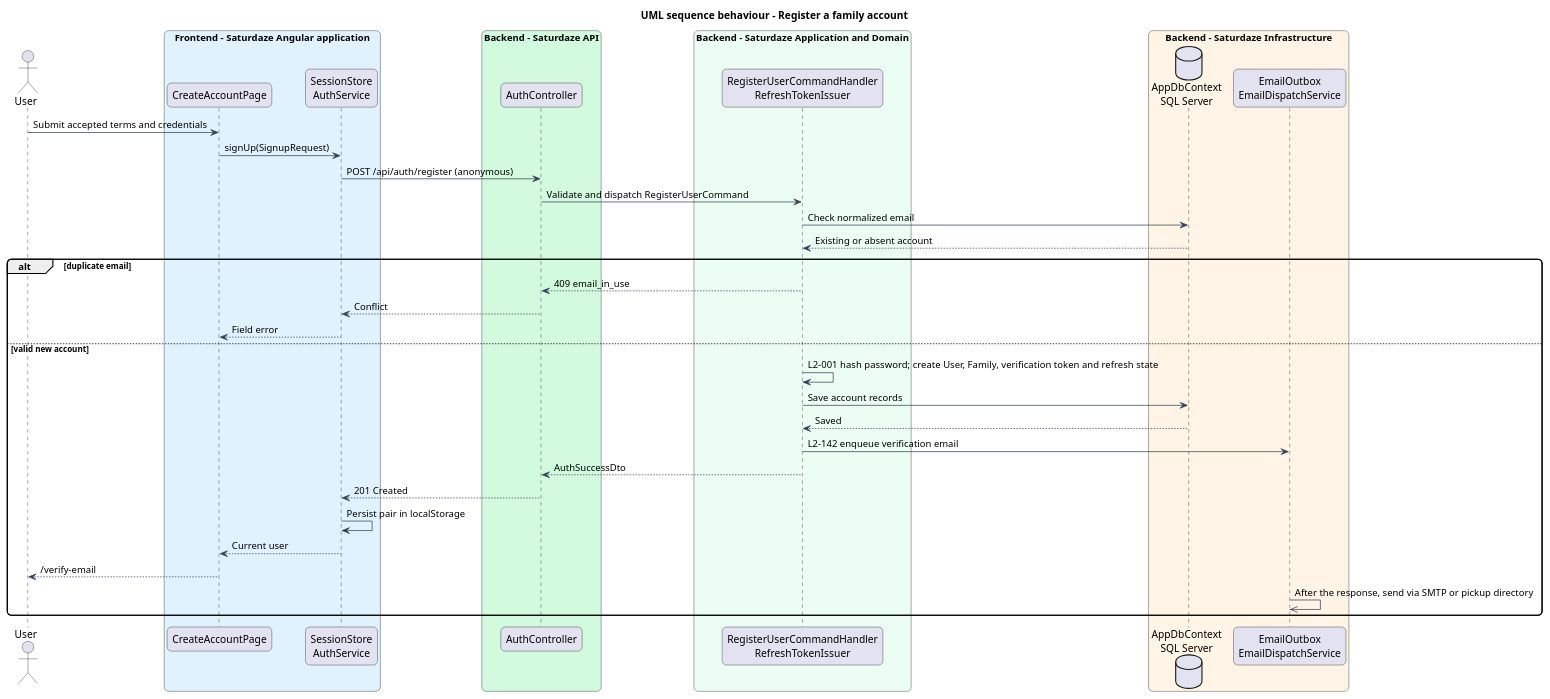
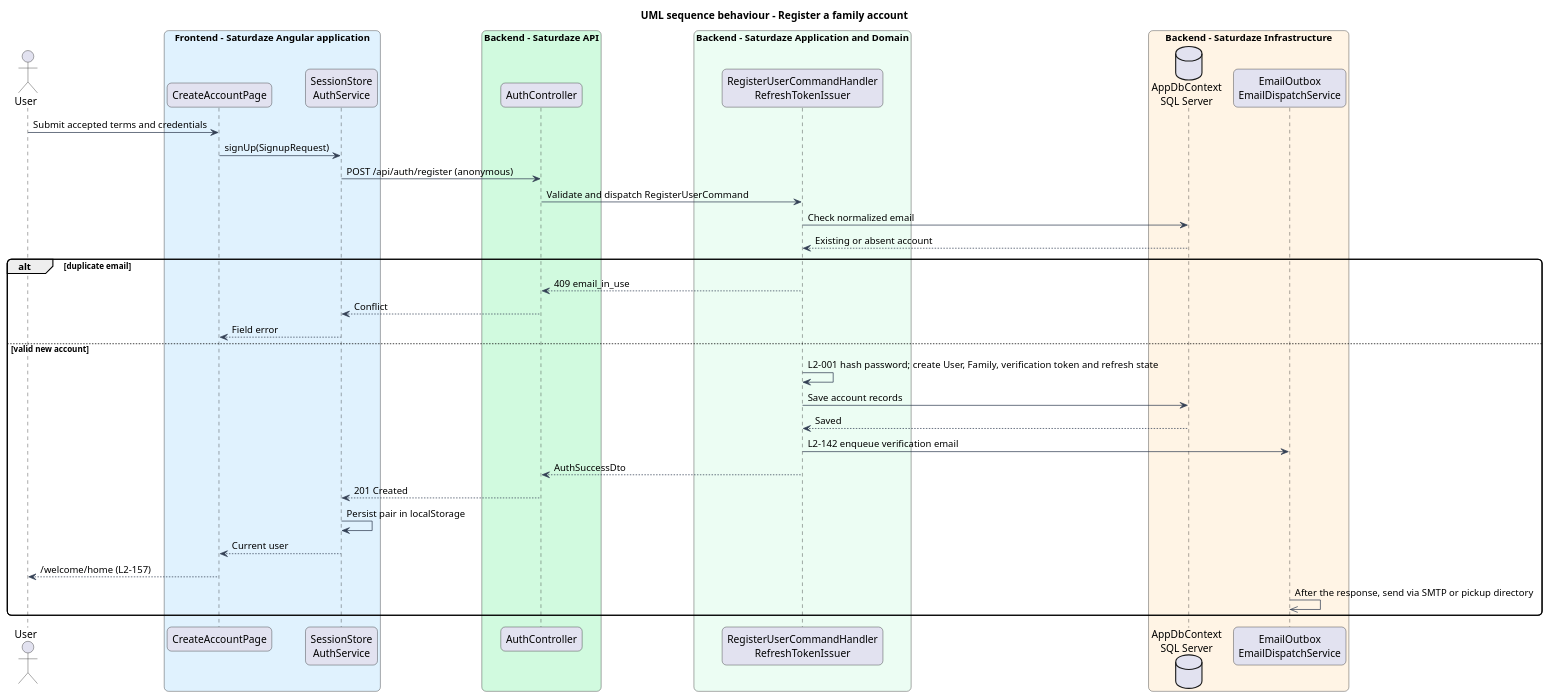
Before and after one commit to QuinntyneBrown/saturdaze: the diagram in docs/detailed-designs/identity-and-access/register-family-account/diagrams/sequence-register.puml, drawn with PlantUML. The commit also changed 21 other files, not shown here.

```diff
--- a/docs/detailed-designs/identity-and-access/register-family-account/diagrams/sequence-register.puml
+++ b/docs/detailed-designs/identity-and-access/register-family-account/diagrams/sequence-register.puml
@@ -1,45 +1,45 @@
 @startuml
 title UML sequence behaviour - Register a family account
 skinparam backgroundColor #FFFFFF
 skinparam shadowing false
 skinparam roundcorner 12
 skinparam defaultFontName Arial
 skinparam ArrowColor #344054
 actor "User" as actor
 box "Frontend - Saturdaze Angular application" #E0F2FE
  participant "CreateAccountPage" as page
  participant "SessionStore\nAuthService" as client
 end box
 box "Backend - Saturdaze API" #D1FADF
  participant "AuthController" as controller
 end box
 box "Backend - Saturdaze Application and Domain" #ECFDF3
  participant "RegisterUserCommandHandler\nRefreshTokenIssuer" as handler
 end box
 box "Backend - Saturdaze Infrastructure" #FFF4E5
  database "AppDbContext\nSQL Server" as db
  participant "EmailOutbox\nEmailDispatchService" as mail
 end box
 actor -> page : Submit accepted terms and credentials
 page -> client : signUp(SignupRequest)
 client -> controller : POST /api/auth/register (anonymous)
 controller -> handler : Validate and dispatch RegisterUserCommand
 handler -> db : Check normalized email
 db --> handler : Existing or absent account
 alt duplicate email
 handler --> controller : 409 email_in_use
 controller --> client : Conflict
 client --> page : Field error
 else valid new account
 handler -> handler : L2-001 hash password; create User, Family, verification token and refresh state
 handler -> db : Save account records
 db --> handler : Saved
 handler -> mail : L2-142 enqueue verification email
 handler --> controller : AuthSuccessDto
 controller --> client : 201 Created
 client -> client : Persist pair in localStorage
 client --> page : Current user
-page --> actor : /verify-email
+page --> actor : /welcome/home (L2-157)
 mail ->> mail : After the response, send via SMTP or pickup directory
 end
 @enduml
```
